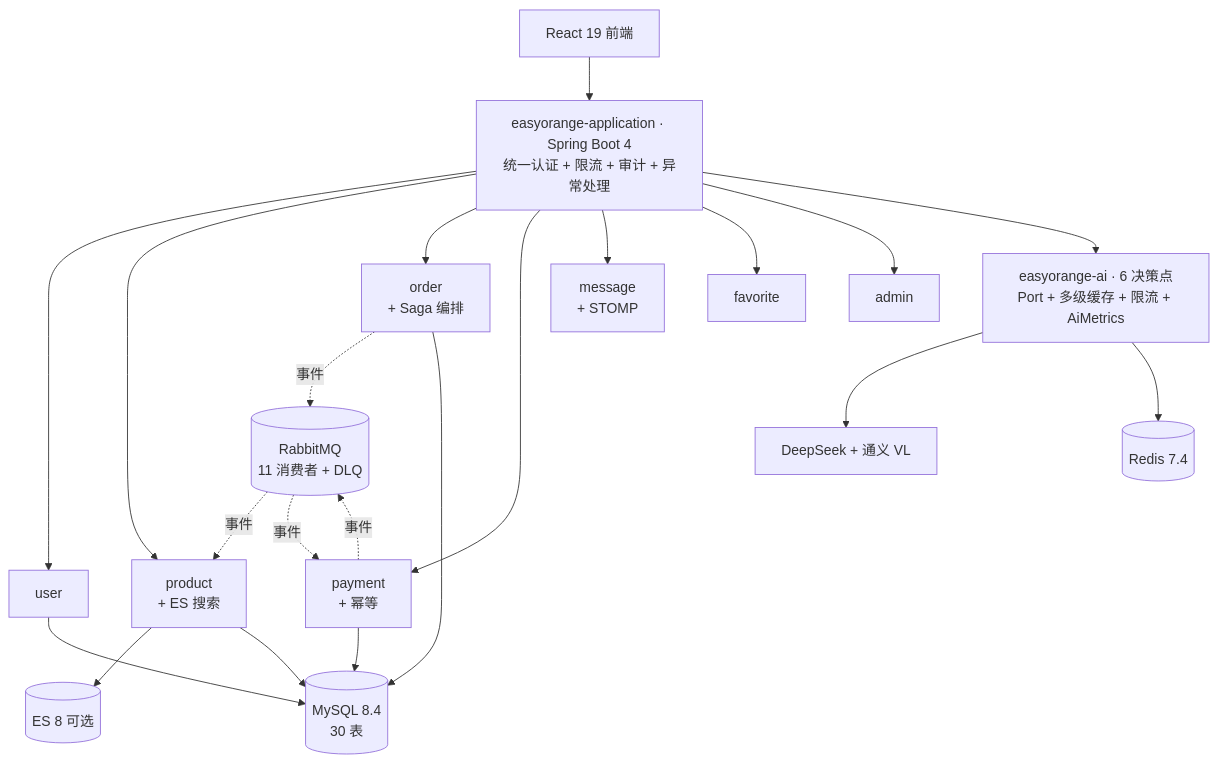
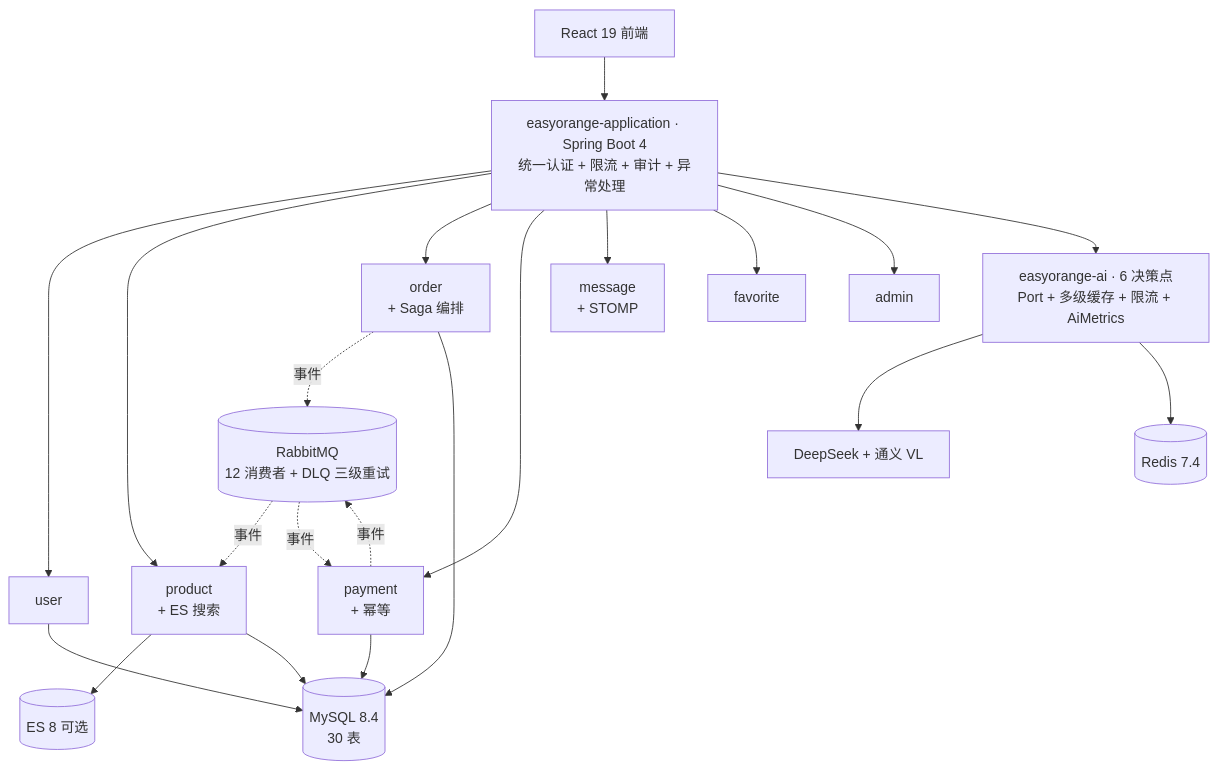
Before and after one commit to 471292781/EasyOrange: the first of 3 diagrams in README.md, drawn with Mermaid. The commit also changed other lines of this file and 142 other files, not shown here.

````diff
--- a/README.md
+++ b/README.md
@@ -51,30 +51,30 @@
 ```mermaid
 graph TB
     FE["React 19 前端"]
     APP["easyorange-application · Spring Boot 4<br/>统一认证 + 限流 + 审计 + 异常处理"]
 
     USER[user]
     PROD["product<br/>+ ES 搜索"]
     ORD["order<br/>+ Saga 编排"]
     PAY["payment<br/>+ 幂等"]
     MSG["message<br/>+ STOMP"]
     FAV[favorite]
     ADMIN[admin]
     AI["easyorange-ai · 6 决策点<br/>Port + 多级缓存 + 限流 + AiMetrics"]
 
-    MQ[("RabbitMQ<br/>11 消费者 + DLQ")]
+    MQ[("RabbitMQ<br/>12 消费者 + DLQ 三级重试")]
     DB[("MySQL 8.4<br/>30 表")]
     REDIS[("Redis 7.4")]
     ES[("ES 8 可选")]
     LLM["DeepSeek + 通义 VL"]
 
     FE --> APP
     APP --> USER & PROD & ORD & PAY & MSG & FAV & ADMIN & AI
     AI --> LLM
     PROD --> ES
     ORD -.事件.-> MQ
     PAY -.事件.-> MQ
     MQ -.事件.-> PROD & PAY
     USER & PROD & ORD & PAY --> DB
     AI --> REDIS
 ```
````
